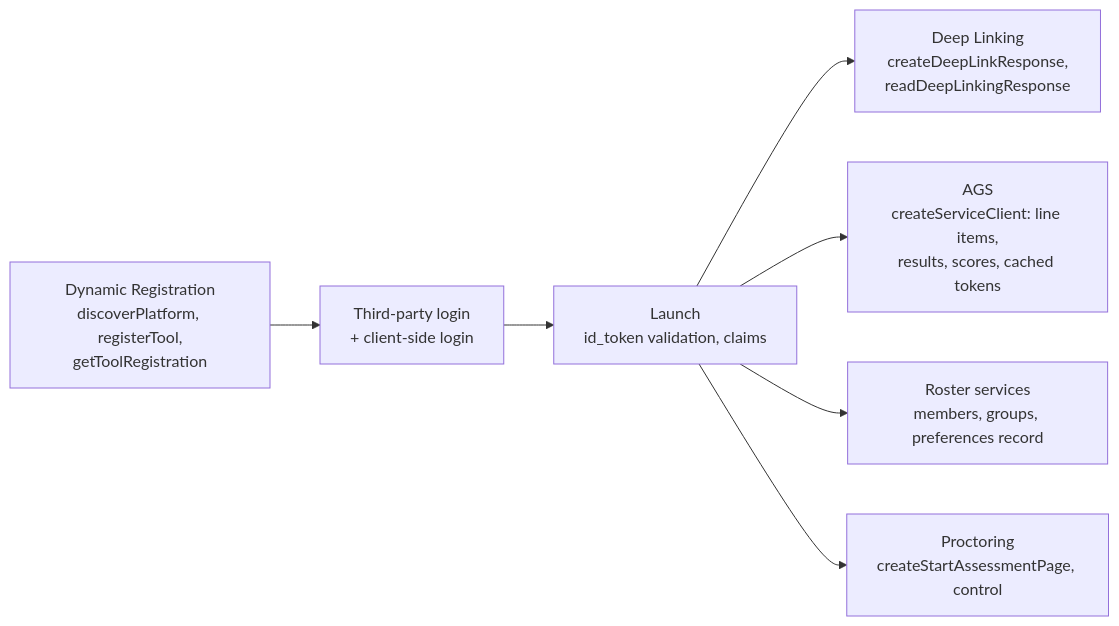
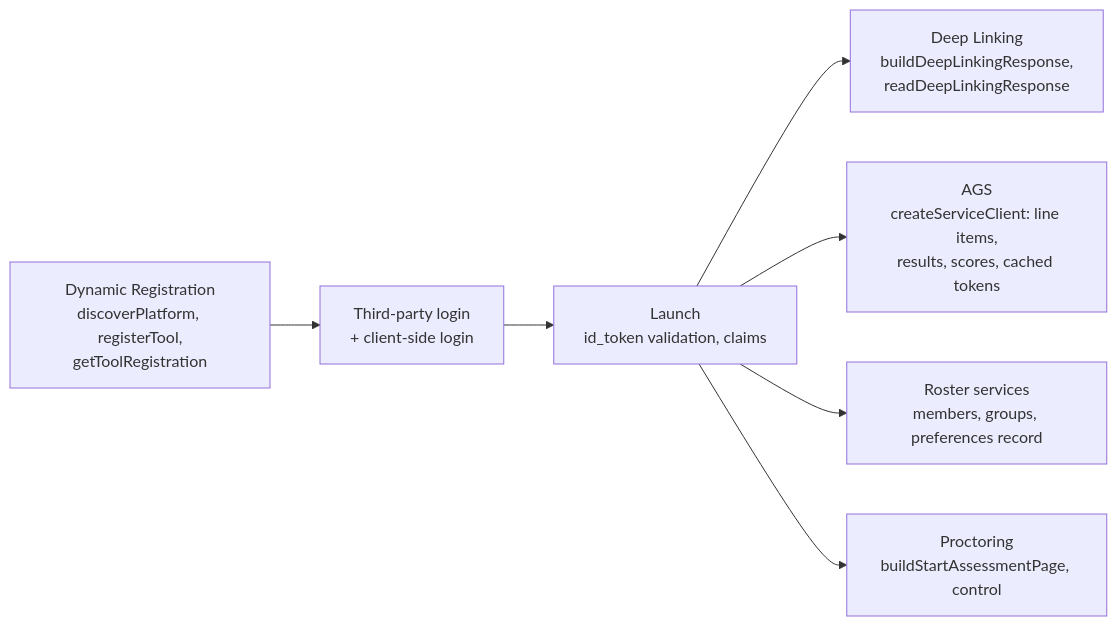
One commit to interopkit/interopkit changed the first of 2 diagrams in docs/tool-integration/supported.md. Above: the diagram before and after it, drawn with Mermaid. The commit also changed other lines of this file and 368 other files, not shown here.

````diff
--- a/docs/tool-integration/supported.md
+++ b/docs/tool-integration/supported.md
@@ -6,9 +6,9 @@
 ```mermaid
 flowchart LR
   login["Third-party login<br/>+ client-side login"] --> launch["Launch<br/>id_token validation, claims"]
-  launch --> dl["Deep Linking<br/>createDeepLinkResponse,<br/>readDeepLinkingResponse"]
+  launch --> dl["Deep Linking<br/>buildDeepLinkingResponse,<br/>readDeepLinkingResponse"]
   launch --> ags["AGS<br/>createServiceClient: line items,<br/>results, scores, cached tokens"]
   launch --> roster["Roster services<br/>members, groups, preferences record"]
-  launch --> proctoring["Proctoring<br/>createStartAssessmentPage, control"]
+  launch --> proctoring["Proctoring<br/>buildStartAssessmentPage, control"]
   registration["Dynamic Registration<br/>discoverPlatform, registerTool,<br/>getToolRegistration"] --> login
 ```
````
